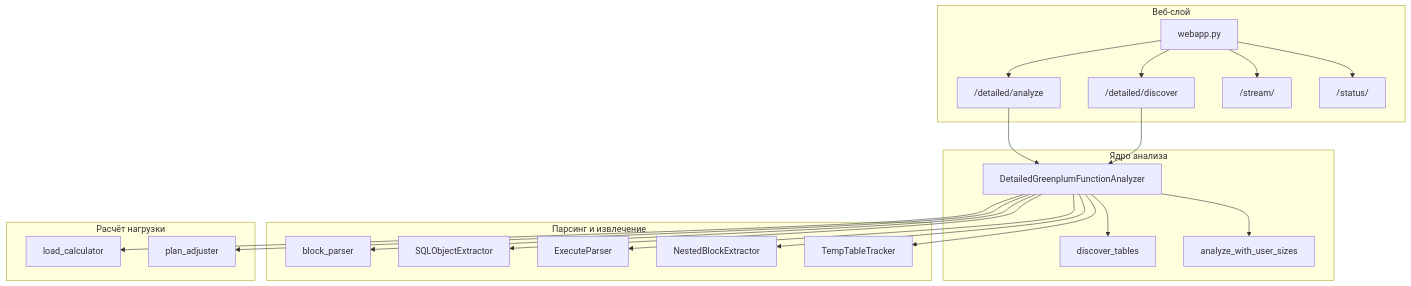
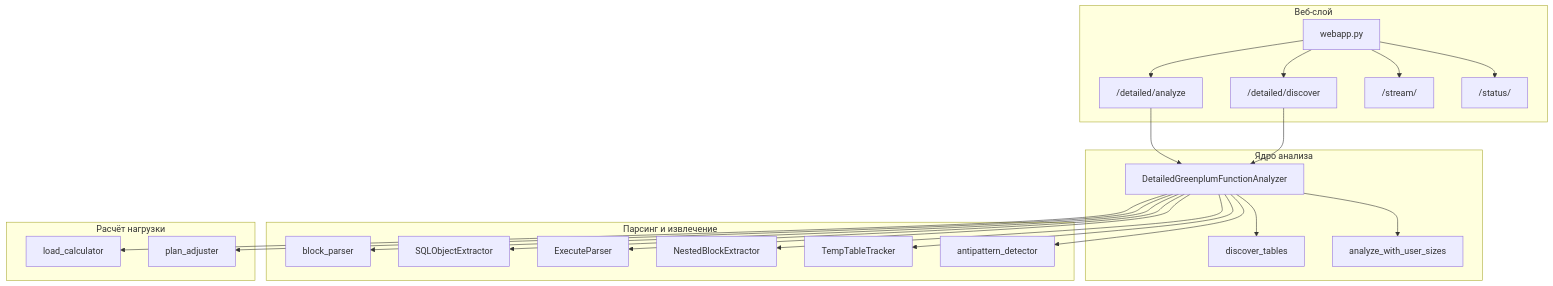
One commit to SolonnikovDV/gpa_analyzer changed the first of 5 diagrams in README.md. Above: the diagram before and after it, drawn with Mermaid. The commit also changed other lines of this file and 26 other files, not shown here.

````diff
--- a/README.md
+++ b/README.md
@@ -240,39 +297,41 @@
 ```mermaid
 graph TB
     subgraph Web["Веб-слой"]
         webapp[webapp.py]
         webapp --> discover_route["/detailed/discover"]
         webapp --> analyze_route["/detailed/analyze"]
         webapp --> stream_route["/stream/<job_id>"]
         webapp --> status_route["/status/<job_id>"]
     end
 
     subgraph Analyzer["Ядро анализа"]
         analyzer[DetailedGreenplumFunctionAnalyzer]
         analyzer --> discover_tables[discover_tables]
         analyzer --> analyze_with_sizes[analyze_with_user_sizes]
     end
 
     subgraph Parsing["Парсинг и извлечение"]
         block_parser[block_parser]
         sql_extractor[SQLObjectExtractor]
         execute_parser[ExecuteParser]
         nested_extractor[NestedBlockExtractor]
         temp_tracker[TempTableTracker]
+        antipattern[antipattern_detector]
     end
 
     subgraph Calculation["Расчёт нагрузки"]
         load_calc[load_calculator]
         plan_adj[plan_adjuster]
     end
 
     discover_route --> analyzer
     analyze_route --> analyzer
     analyzer --> block_parser
     analyzer --> sql_extractor
     analyzer --> execute_parser
     analyzer --> nested_extractor
     analyzer --> temp_tracker
+    analyzer --> antipattern
     analyzer --> load_calc
     analyzer --> plan_adj
 ```
````
